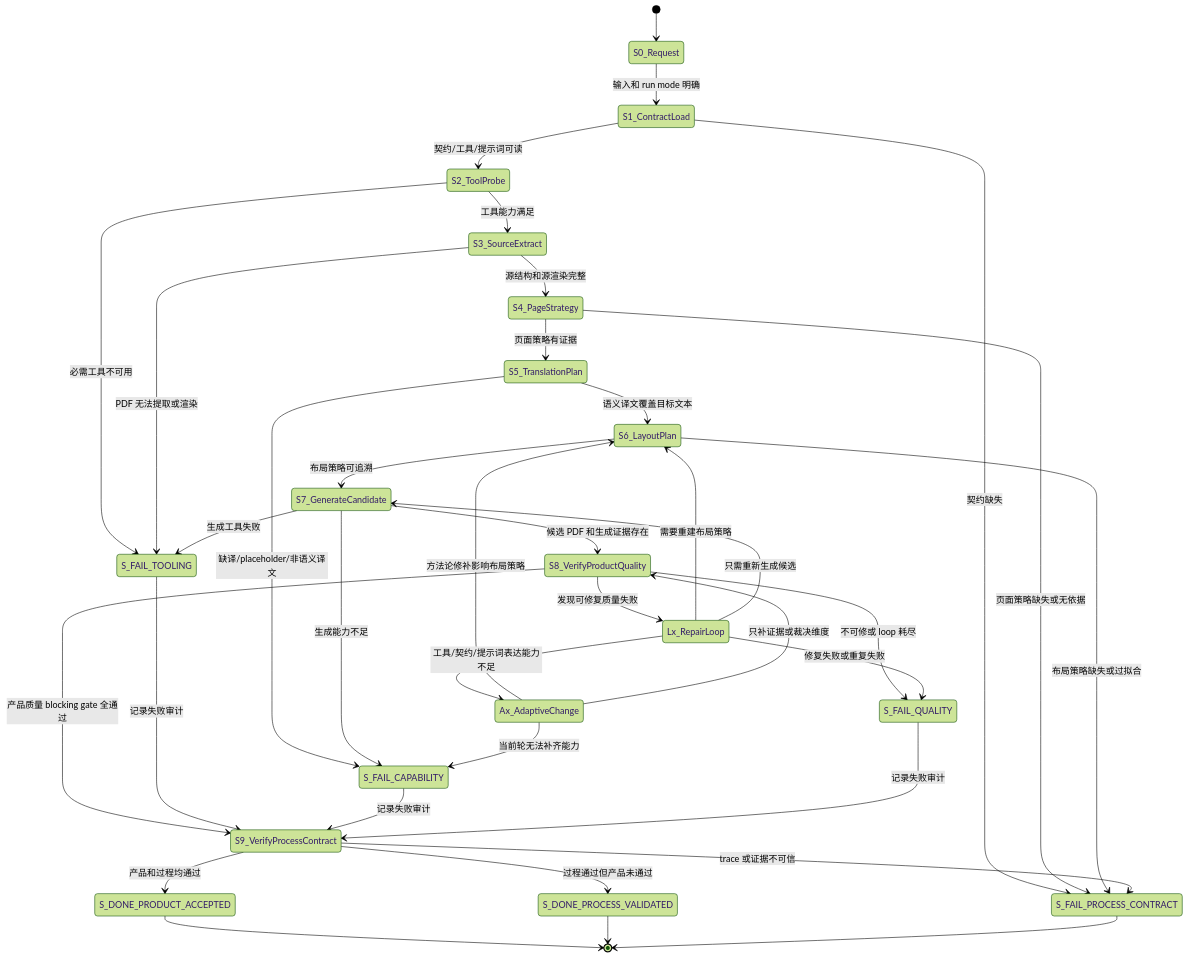
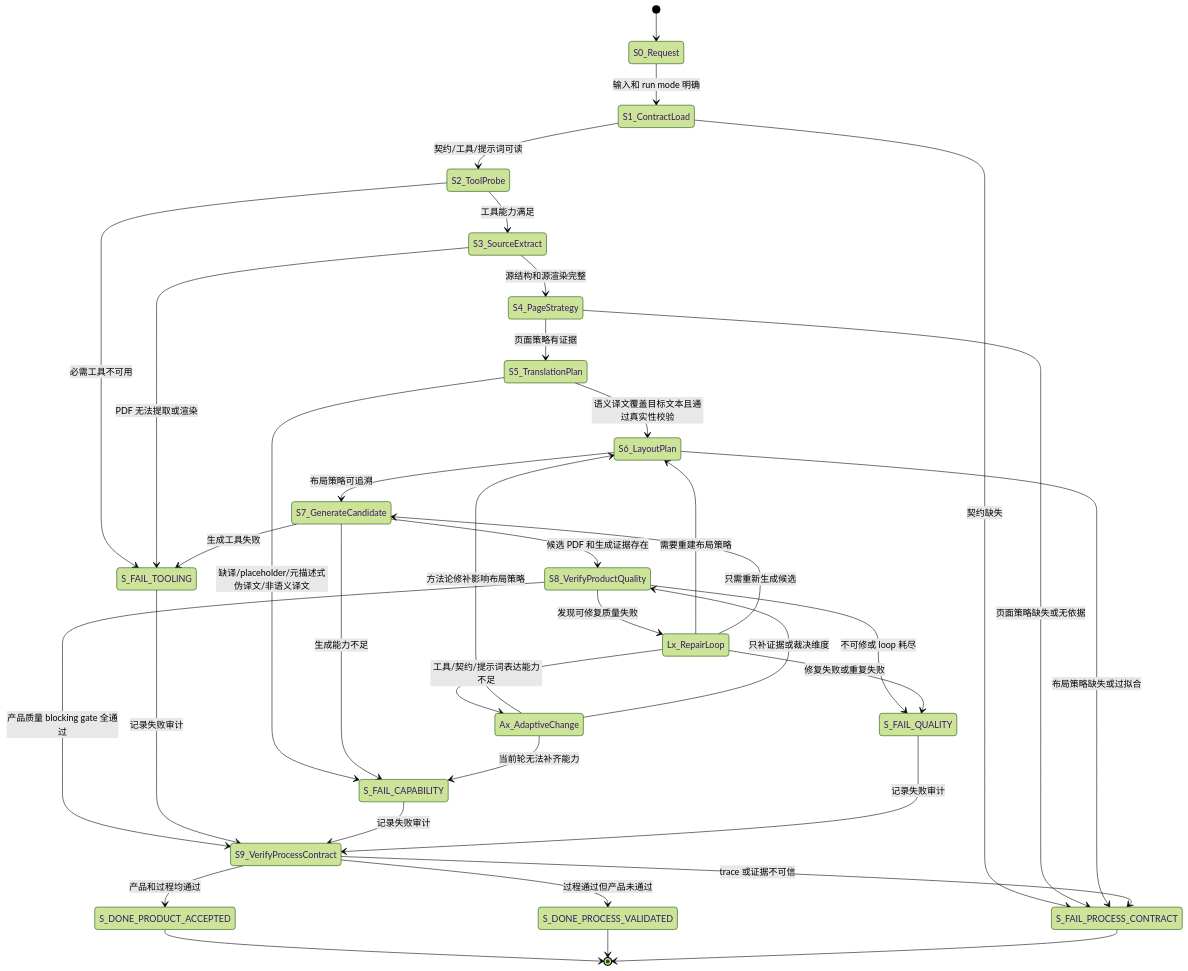
One commit to huacc/transflow changed the first of 7 diagrams in docs/业务流程/PDF_中文回填_标准流程设计.md. Above: the diagram before and after it, drawn with Mermaid (forest theme). The commit also changed other lines of this file and 398 other files, not shown here.

````diff
--- a/docs/业务流程/PDF_中文回填_标准流程设计.md
+++ b/docs/业务流程/PDF_中文回填_标准流程设计.md
@@ -91,51 +151,51 @@
 ```mermaid
 stateDiagram-v2
   [*] --> S0_Request
   S0_Request --> S1_ContractLoad: 输入和 run mode 明确
   S1_ContractLoad --> S2_ToolProbe: 契约/工具/提示词可读
   S1_ContractLoad --> S_FAIL_PROCESS_CONTRACT: 契约缺失
 
   S2_ToolProbe --> S3_SourceExtract: 工具能力满足
   S2_ToolProbe --> S_FAIL_TOOLING: 必需工具不可用
 
   S3_SourceExtract --> S4_PageStrategy: 源结构和源渲染完整
   S3_SourceExtract --> S_FAIL_TOOLING: PDF 无法提取或渲染
 
   S4_PageStrategy --> S5_TranslationPlan: 页面策略有证据
   S4_PageStrategy --> S_FAIL_PROCESS_CONTRACT: 页面策略缺失或无依据
 
-  S5_TranslationPlan --> S6_LayoutPlan: 语义译文覆盖目标文本
-  S5_TranslationPlan --> S_FAIL_CAPABILITY: 缺译/placeholder/非语义译文
+  S5_TranslationPlan --> S6_LayoutPlan: 语义译文覆盖目标文本且通过真实性校验
+  S5_TranslationPlan --> S_FAIL_CAPABILITY: 缺译/placeholder/元描述式伪译文/非语义译文
 
   S6_LayoutPlan --> S7_GenerateCandidate: 布局策略可追溯
   S6_LayoutPlan --> S_FAIL_PROCESS_CONTRACT: 布局策略缺失或过拟合
 
   S7_GenerateCandidate --> S8_VerifyProductQuality: 候选 PDF 和生成证据存在
   S7_GenerateCandidate --> S_FAIL_TOOLING: 生成工具失败
   S7_GenerateCandidate --> S_FAIL_CAPABILITY: 生成能力不足
 
   S8_VerifyProductQuality --> S9_VerifyProcessContract: 产品质量 blocking gate 全通过
   S8_VerifyProductQuality --> Lx_RepairLoop: 发现可修复质量失败
   S8_VerifyProductQuality --> S_FAIL_QUALITY: 不可修或 loop 耗尽
 
   Lx_RepairLoop --> S6_LayoutPlan: 需要重建布局策略
   Lx_RepairLoop --> S7_GenerateCandidate: 只需重新生成候选
   Lx_RepairLoop --> Ax_AdaptiveChange: 工具/契约/提示词表达能力不足
   Lx_RepairLoop --> S_FAIL_QUALITY: 修复失败或重复失败
 
   Ax_AdaptiveChange --> S6_LayoutPlan: 方法论修补影响布局策略
   Ax_AdaptiveChange --> S8_VerifyProductQuality: 只补证据或裁决维度
   Ax_AdaptiveChange --> S_FAIL_CAPABILITY: 当前轮无法补齐能力
 
   S_FAIL_TOOLING --> S9_VerifyProcessContract: 记录失败审计
   S_FAIL_CAPABILITY --> S9_VerifyProcessContract: 记录失败审计
   S_FAIL_QUALITY --> S9_VerifyProcessContract: 记录失败审计
 
   S9_VerifyProcessContract --> S_DONE_PRODUCT_ACCEPTED: 产品和过程均通过
   S9_VerifyProcessContract --> S_DONE_PROCESS_VALIDATED: 过程通过但产品未通过
   S9_VerifyProcessContract --> S_FAIL_PROCESS_CONTRACT: trace 或证据不可信
 
   S_DONE_PRODUCT_ACCEPTED --> [*]
   S_DONE_PROCESS_VALIDATED --> [*]
   S_FAIL_PROCESS_CONTRACT --> [*]
 ```
````
